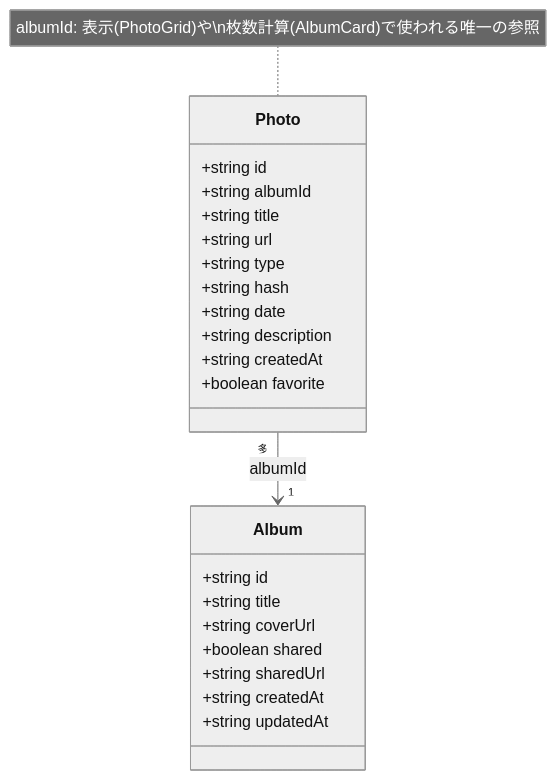
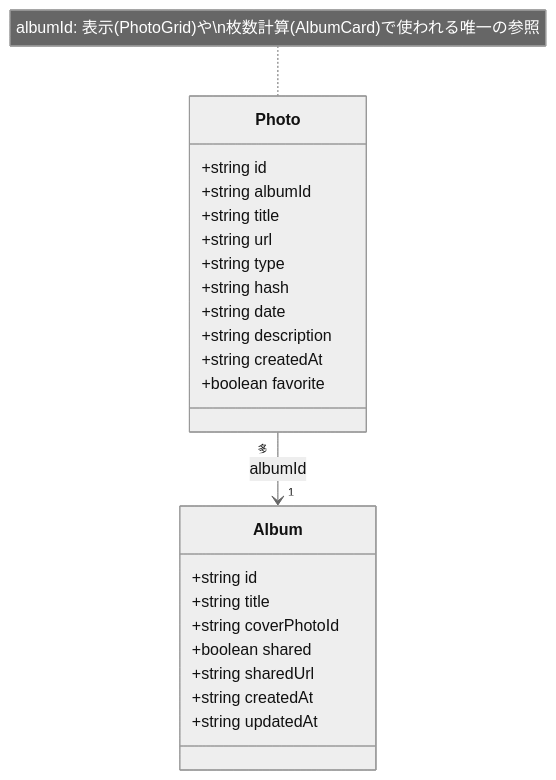
Before and after one commit to kkoisland/photo-showcase: the second of 2 diagrams in README.md, drawn with Mermaid (neutral theme). The commit also changed other lines of this file and 10 other files, not shown here.

````diff
--- a/README.md
+++ b/README.md
@@ -122,29 +124,29 @@
 ```mermaid
 classDiagram
     class Photo {
         +string id
         +string albumId
         +string title
         +string url
         +string type
         +string hash
         +string date
         +string description
         +string createdAt
         +boolean favorite
     }
 
     class Album {
         +string id
         +string title
-        +string coverUrl
+        +string coverPhotoId
         +boolean shared
         +string sharedUrl
         +string createdAt
         +string updatedAt
     }
 
     Photo "多" --> "1" Album : albumId
 
     note for Photo "albumId: 表示(PhotoGrid)や\n枚数計算(AlbumCard)で使われる唯一の参照"
 ```
````
